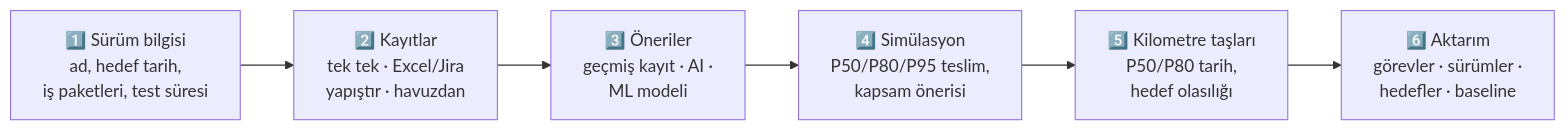
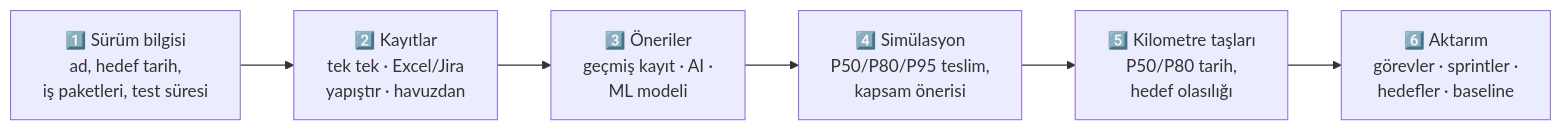
The eighth of 13 diagrams in README.md (kaannsckin/pmasistance_mks), drawn with Mermaid before and after one commit. The commit also changed other lines of this file and 50 other files, not shown here.

````diff
--- a/README.md
+++ b/README.md
@@ -578,8 +578,8 @@
 ```mermaid
 flowchart LR
     S1["1️⃣ Sürüm bilgisi<br/>ad, hedef tarih,<br/>iş paketleri, test süresi"] --> S2["2️⃣ Kayıtlar<br/>tek tek · Excel/Jira<br/>yapıştır · havuzdan"]
     S2 --> S3["3️⃣ Öneriler<br/>geçmiş kayıt · AI ·<br/>ML modeli"]
     S3 --> S4["4️⃣ Simülasyon<br/>P50/P80/P95 teslim,<br/>kapsam önerisi"]
     S4 --> S5["5️⃣ Kilometre taşları<br/>P50/P80 tarih,<br/>hedef olasılığı"]
-    S5 --> S6["6️⃣ Aktarım<br/>görevler · sürümler ·<br/>hedefler · baseline"]
+    S5 --> S6["6️⃣ Aktarım<br/>görevler · sprintler ·<br/>hedefler · baseline"]
 ```
````
